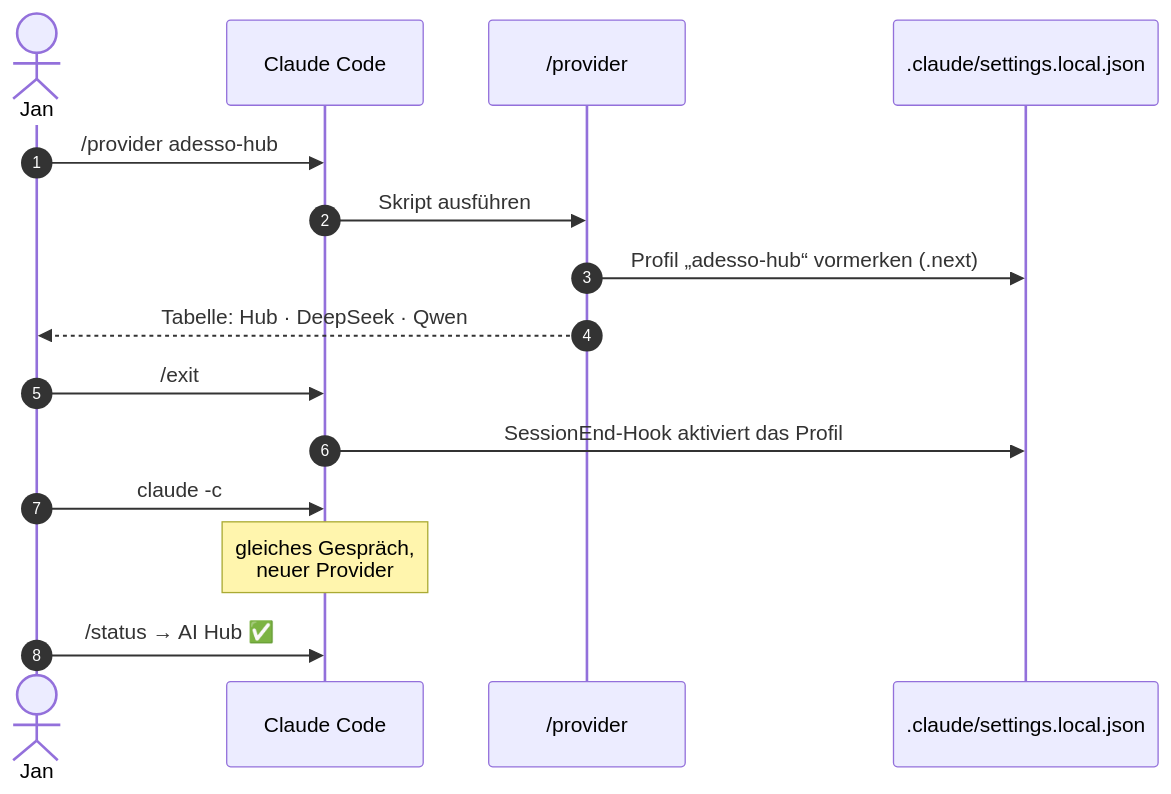
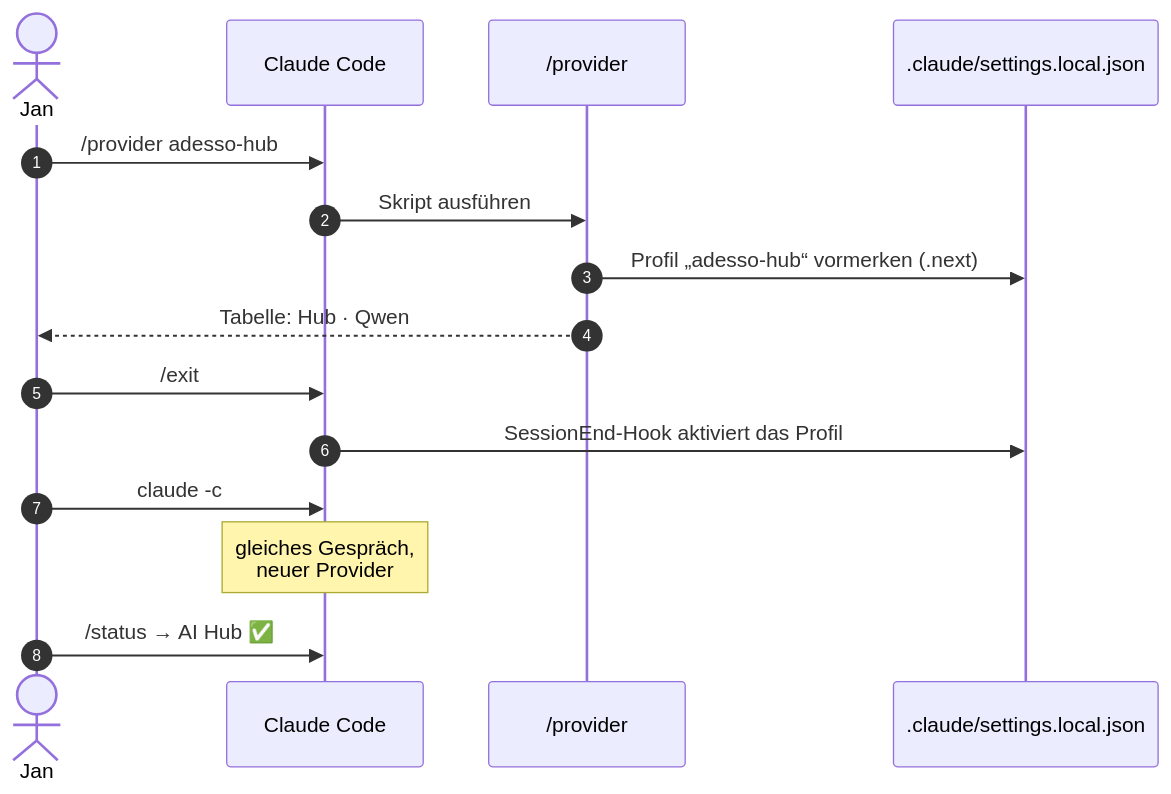
Before and after one commit to a-lottes/Agent-Template: the second of 6 diagrams in docs/demo/01-ai-hub/VISUELL.md, drawn with Mermaid. The commit also changed other lines of this file and 8 other files, not shown here.

First line of the commit message:
Hub profile on Qwen 3.6 35B for all roles; model names in /model; VS Code switches immediately

````diff
--- a/docs/demo/01-ai-hub/VISUELL.md
+++ b/docs/demo/01-ai-hub/VISUELL.md
@@ -37,18 +37,18 @@
 ```mermaid
 sequenceDiagram
     autonumber
     actor Jan
     participant CC as Claude Code
     participant P as /provider
     participant S as .claude/settings.local.json
 
     Jan->>CC: /provider adesso-hub
     CC->>P: Skript ausführen
     P->>S: Profil „adesso-hub“ vormerken (.next)
-    P-->>Jan: Tabelle: Hub · DeepSeek · Qwen
+    P-->>Jan: Tabelle: Hub · Qwen
     Jan->>CC: /exit
     CC->>S: SessionEnd-Hook aktiviert das Profil
     Jan->>CC: claude -c
     Note over CC: gleiches Gespräch,<br/>neuer Provider
     Jan->>CC: /status → AI Hub ✅
 ```
````
